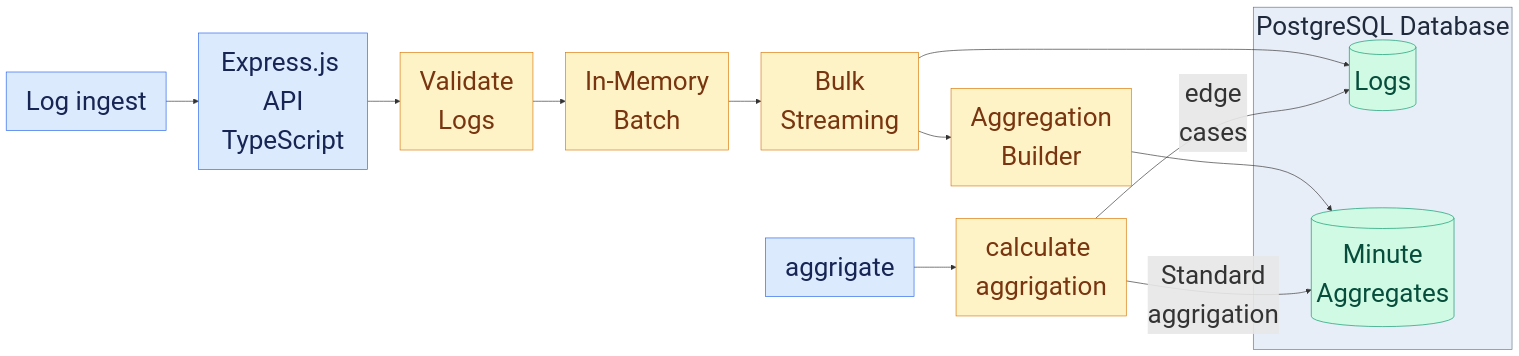
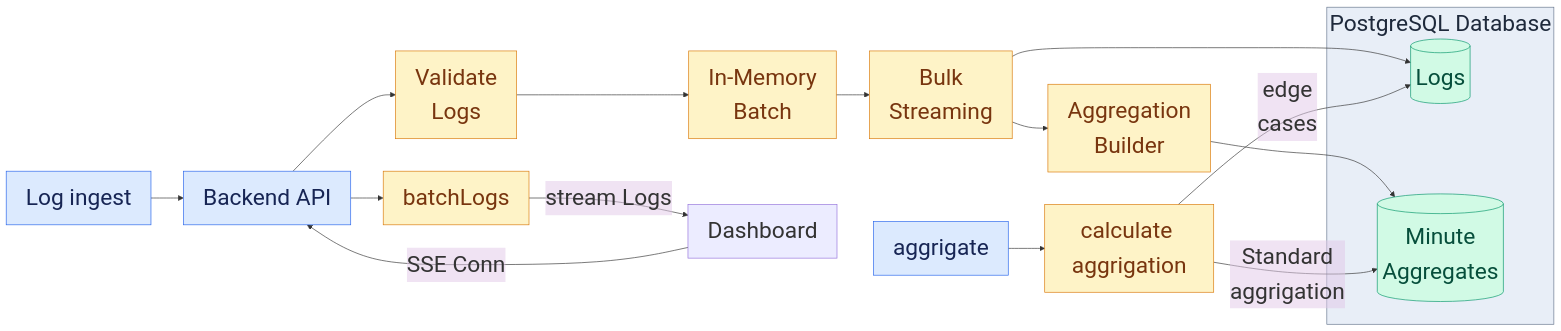
Before and after one commit to showq0/log-ingestion: the diagram in README.md, drawn with Mermaid. The commit also changed other lines of this file and 2 other files, not shown here.

Commit message:
perf: batch SSE events to reduce client overhead

````diff
--- a/README.md
+++ b/README.md
@@ -18,30 +18,39 @@
 ```mermaid
-%%{init: {"themeVariables": {"fontSize": "40px"}}}%%
+%%{init: {"themeVariables": {"fontSize": "35px","edgeLabelBackground": "#e1c8e702"
+}}}%%
 
 flowchart LR
-    A["Log ingest"] --> B["Express.js API<br/>TypeScript"]
+
+    A["Log ingest"] --> B["Backend API"]
     B --> C["Validate<br/>Logs"]
+
+
     C --> D["In-Memory<br/>Batch"]
     D --> E["Bulk<br/>Streaming"]
     E --> F[("Logs")]
     E --> H["Aggregation<br/>Builder"]
     H --> I[("Minute<br/>Aggregates<br/>")]
 
     J["aggrigate"] --> K["calculate aggrigation"]
     K -->|Standard<br/>aggrigation| I
     K -->|edge<br/>cases| F
-
+    O --> |SSE Conn|B
+    B --> L[batchLogs]
+    L --> |stream Logs| O["Dashboard"]
     subgraph DB["PostgreSQL Database"]
         F
         I
     end
+
+    
+
     classDef app fill:#DCEAFE,stroke:#2563EB,color:#172554
     classDef processing fill:#FEF3C7,stroke:#D97706,color:#78350F
     classDef storage fill:#D1FAE5,stroke:#059669,color:#064E3B
-    classDef subgraphdb fill:#E8EEF7,stroke:#64748B,color:#1E293B
+    classDef subgraphdb fill:#E8EEF7,stroke:#64748B,color:#1E293B 
 
     class A,B,J app
     class C,D,E,F,H,L,K processing
     class F,I storage
     class DB subgraphdb
 ```
````
